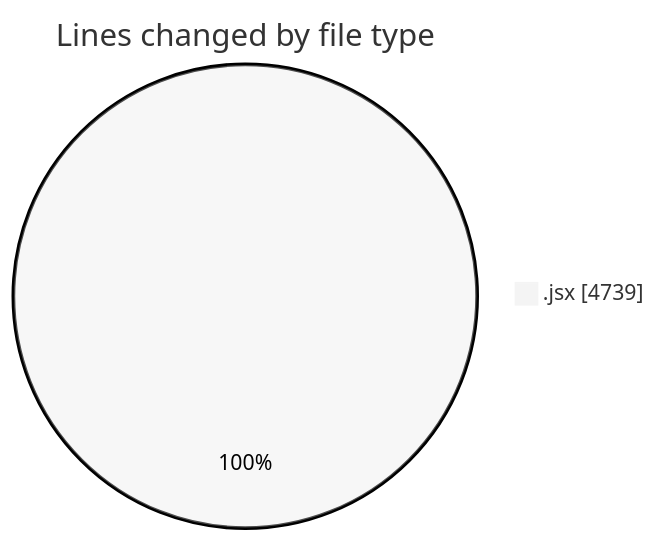
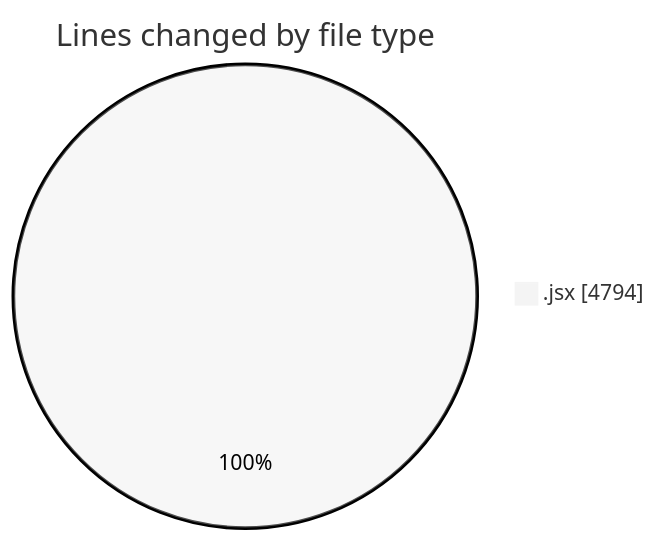
The first of 2 diagrams in 2025-09-16/nxtqube_webapp/README.md (nxtqubesakshisongat/code-tracking), drawn with Mermaid (neutral theme) before and after one commit. The commit also changed other lines of this file and 1 other file, not shown here.

````diff
--- a/2025-09-16/nxtqube_webapp/README.md
+++ b/2025-09-16/nxtqube_webapp/README.md
@@ -20,5 +20,5 @@
 ```mermaid
 pie showData
 title Lines changed by file type
-".jsx" : 4739
+".jsx" : 4794
 ```
````
